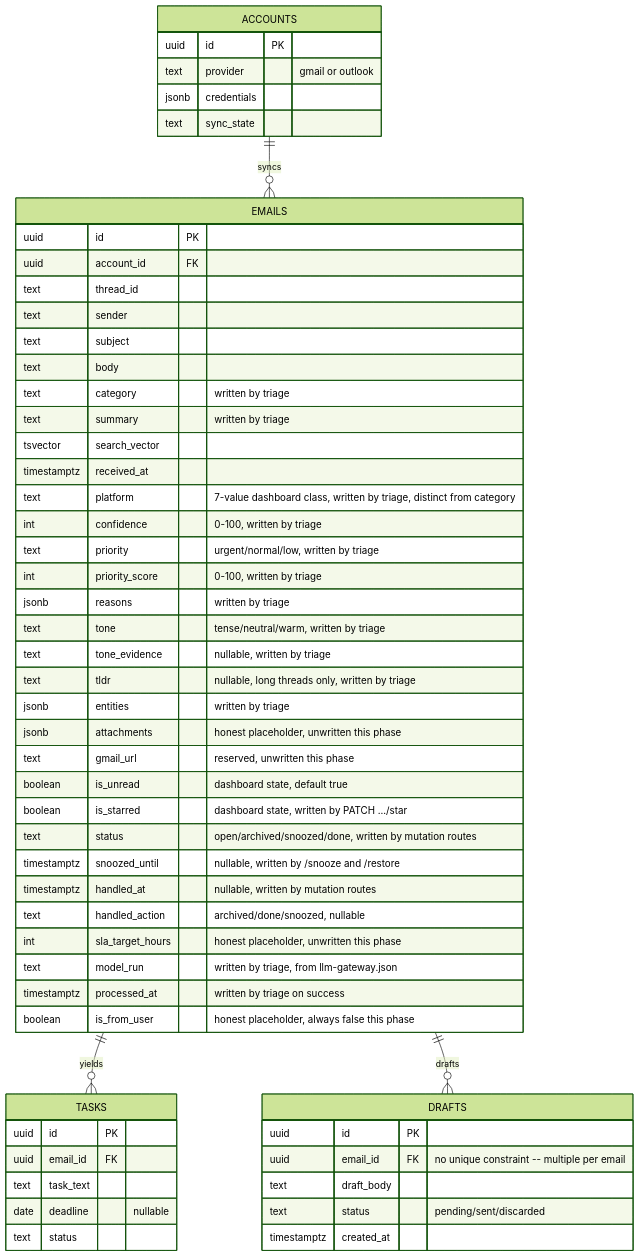
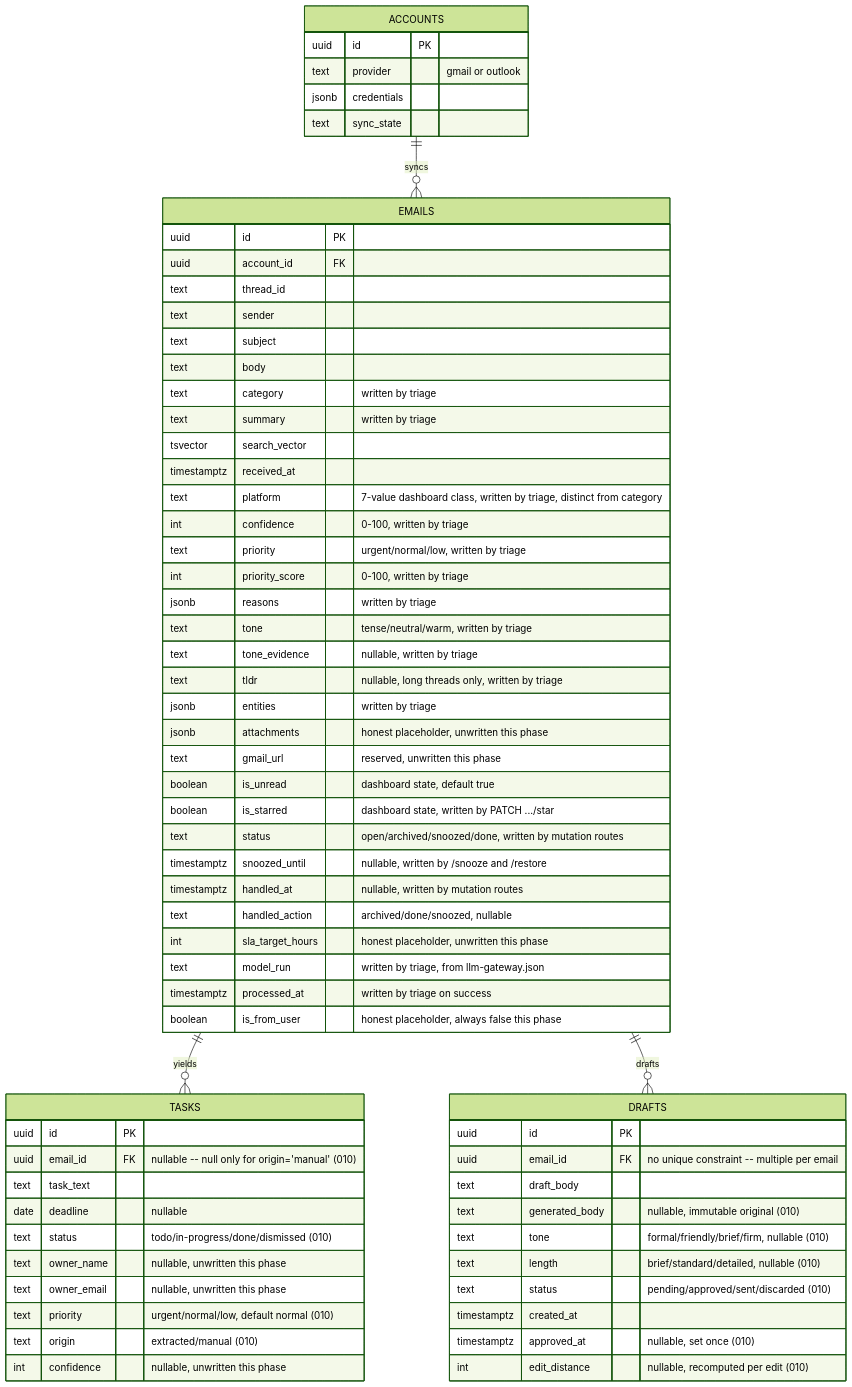
Before and after one commit to yomal321/smart-email-assistant: the diagram in architect/04-data-model.md, drawn with Mermaid (forest theme). The commit also changed other lines of this file, not shown here.

Commit message:
specclaw(010-dashboard-actions-drafts-api): T13 — Update architect/04-data-model.md for the enriched tasks and drafts tables

````diff
--- a/architect/04-data-model.md
+++ b/architect/04-data-model.md
@@ -7,60 +7,70 @@
 ```mermaid
 erDiagram
     ACCOUNTS ||--o{ EMAILS : syncs
     EMAILS   ||--o{ TASKS  : yields
     EMAILS   ||--o{ DRAFTS : drafts
 
     ACCOUNTS {
         uuid id PK
         text provider "gmail or outlook"
         jsonb credentials
         text sync_state
     }
     EMAILS {
         uuid id PK
         uuid account_id FK
         text thread_id
         text sender
         text subject
         text body
         text category "written by triage"
         text summary "written by triage"
         tsvector search_vector
         timestamptz received_at
         text platform "7-value dashboard class, written by triage, distinct from category"
         int confidence "0-100, written by triage"
         text priority "urgent/normal/low, written by triage"
         int priority_score "0-100, written by triage"
         jsonb reasons "written by triage"
         text tone "tense/neutral/warm, written by triage"
         text tone_evidence "nullable, written by triage"
         text tldr "nullable, long threads only, written by triage"
         jsonb entities "written by triage"
         jsonb attachments "honest placeholder, unwritten this phase"
         text gmail_url "reserved, unwritten this phase"
         boolean is_unread "dashboard state, default true"
         boolean is_starred "dashboard state, written by PATCH .../star"
         text status "open/archived/snoozed/done, written by mutation routes"
         timestamptz snoozed_until "nullable, written by /snooze and /restore"
         timestamptz handled_at "nullable, written by mutation routes"
         text handled_action "archived/done/snoozed, nullable"
         int sla_target_hours "honest placeholder, unwritten this phase"
         text model_run "written by triage, from llm-gateway.json"
         timestamptz processed_at "written by triage on success"
         boolean is_from_user "honest placeholder, always false this phase"
     }
     TASKS {
         uuid id PK
-        uuid email_id FK
+        uuid email_id FK "nullable -- null only for origin='manual' (010)"
         text task_text
         date deadline "nullable"
-        text status
+        text status "todo/in-progress/done/dismissed (010)"
+        text owner_name "nullable, unwritten this phase"
+        text owner_email "nullable, unwritten this phase"
+        text priority "urgent/normal/low, default normal (010)"
+        text origin "extracted/manual (010)"
+        int confidence "nullable, unwritten this phase"
     }
     DRAFTS {
         uuid id PK
         uuid email_id FK "no unique constraint -- multiple per email"
         text draft_body
-        text status "pending/sent/discarded"
+        text generated_body "nullable, immutable original (010)"
+        text tone "formal/friendly/brief/firm, nullable (010)"
+        text length "brief/standard/detailed, nullable (010)"
+        text status "pending/approved/sent/discarded (010)"
         timestamptz created_at
+        timestamptz approved_at "nullable, set once (010)"
+        int edit_distance "nullable, recomputed per edit (010)"
     }
 ```
````
